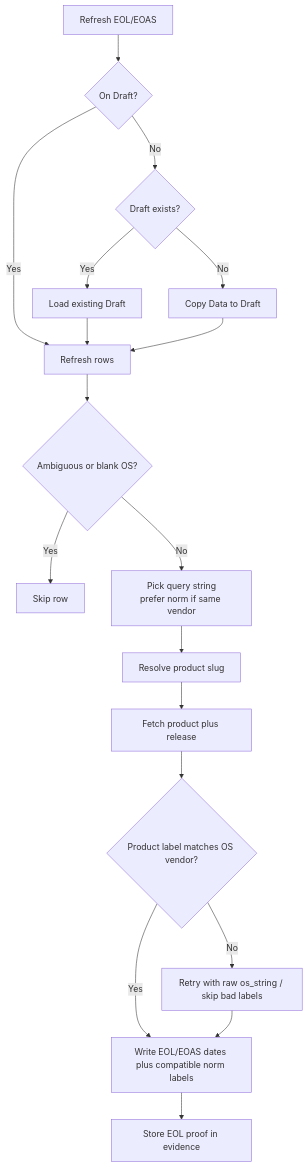
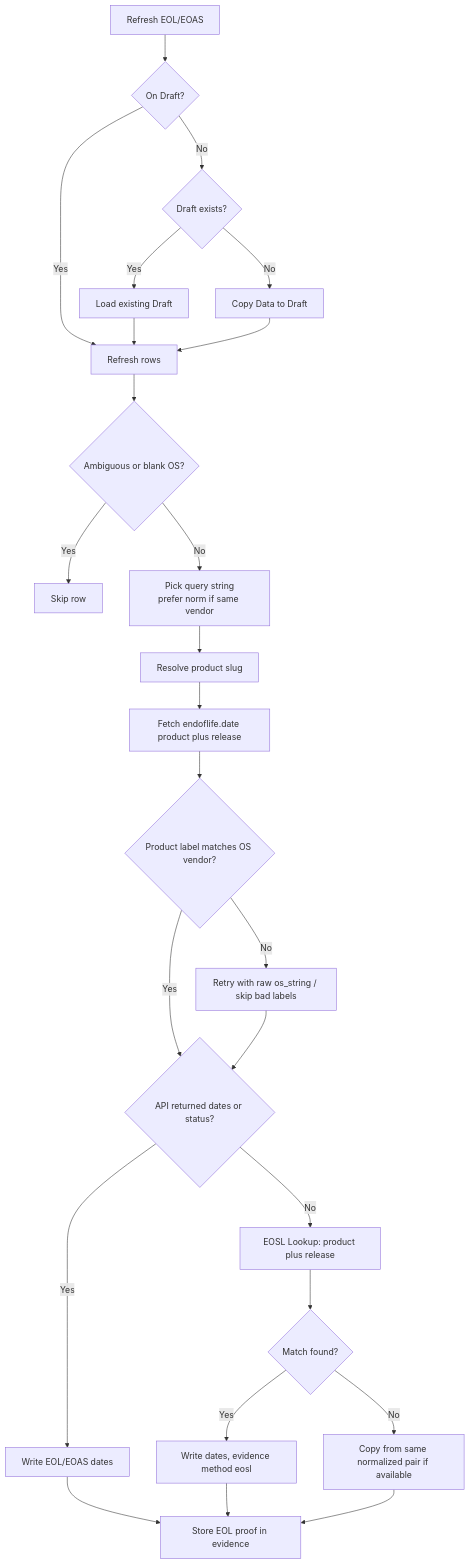
The fourth of 6 diagrams in README.md (jibinge0rge/OS-Health-Check), drawn with Mermaid before and after one commit. The commit also changed other lines of this file and 6 other files, not shown here.

````diff
--- a/README.md
+++ b/README.md
@@ -206,21 +206,28 @@
 ```mermaid
 flowchart TD
   R[Refresh EOL/EOAS] --> D{On Draft?}
   D -->|Yes| Work[Refresh rows]
   D -->|No| DE{Draft exists?}
   DE -->|Yes| LoadD[Load existing Draft]
   DE -->|No| Copy[Copy Data to Draft]
   LoadD --> Work
   Copy --> Work
 
   Work --> Skip{Ambiguous or blank OS?}
   Skip -->|Yes| Next[Skip row]
   Skip -->|No| Pick[Pick query string<br/>prefer norm if same vendor]
   Pick --> Slug[Resolve product slug]
-  Slug --> API[Fetch product plus release]
+  Slug --> API[Fetch endoflife.date product plus release]
   API --> Vendor2{Product label matches OS vendor?}
   Vendor2 -->|No| Retry[Retry with raw os_string / skip bad labels]
-  Vendor2 -->|Yes| ApplyDates[Write EOL/EOAS dates plus compatible norm labels]
-  Retry --> ApplyDates
+  Vendor2 -->|Yes| HasData{API returned dates or status?}
+  Retry --> HasData
+  HasData -->|Yes| ApplyDates[Write EOL/EOAS dates]
+  HasData -->|No| Eosl[EOSL Lookup: product plus release]
+  Eosl --> EoslHit{Match found?}
+  EoslHit -->|Yes| ApplyEosl[Write dates, evidence method eosl]
+  EoslHit -->|No| CopyFb[Copy from same normalized pair if available]
   ApplyDates --> Proof[Store EOL proof in evidence]
+  ApplyEosl --> Proof
+  CopyFb --> Proof
 ```
````
